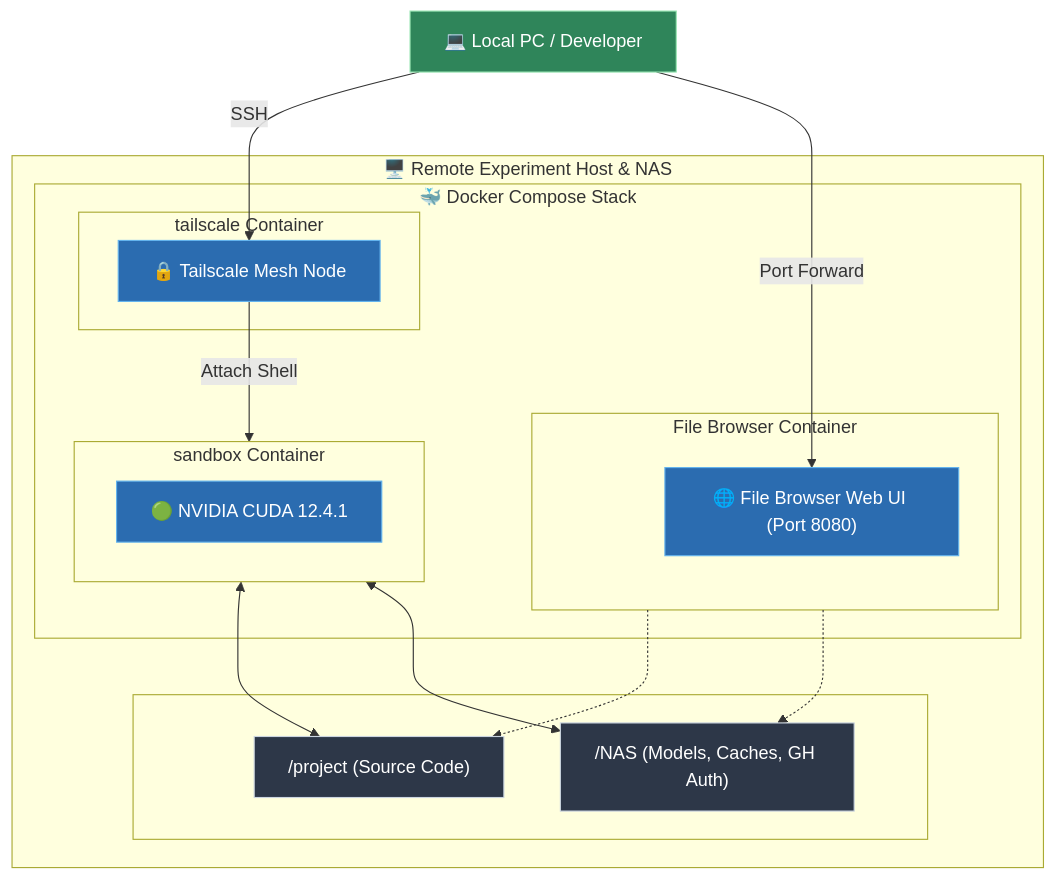
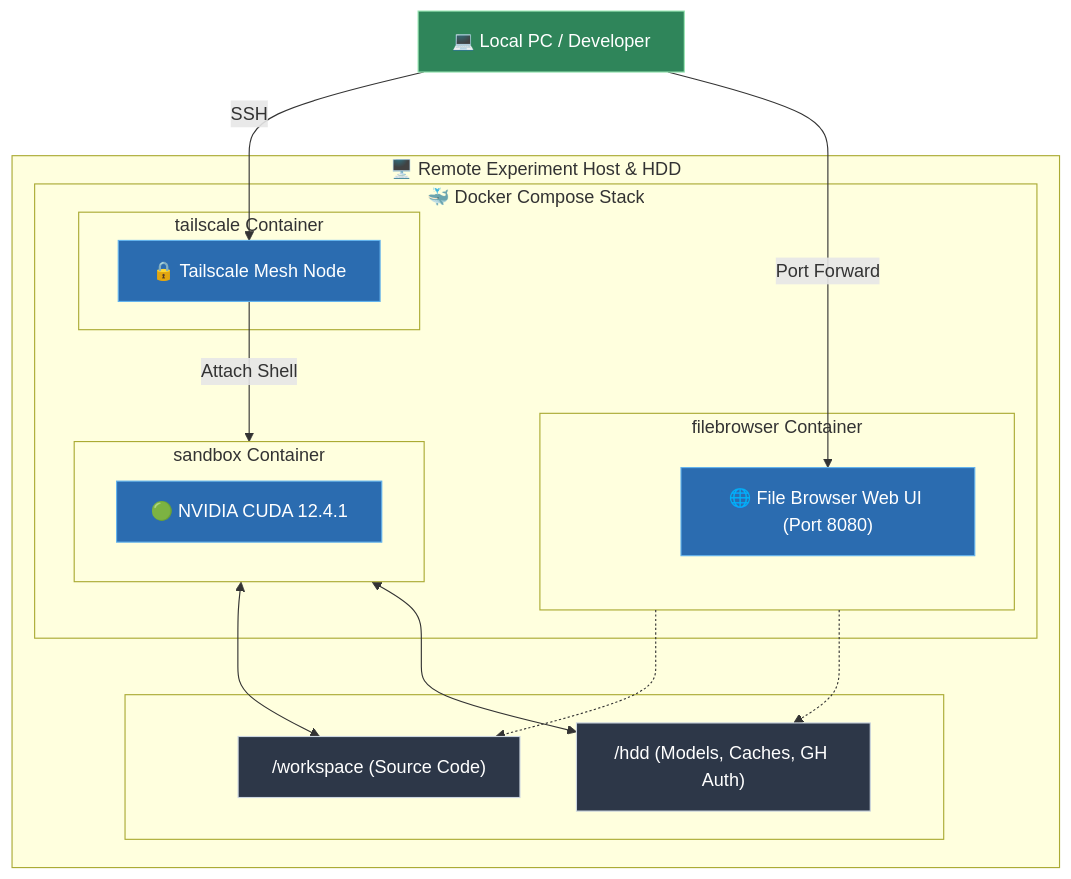
Before and after one commit to OhashiReon/experiment-template: the diagram in README.md, drawn with Mermaid. The commit also changed other lines of this file and 4 other files, not shown here.

First line of the commit message:
Rename NAS_PATH to HDD_PATH, replace Gemini CLI with agy, fix TERM/locale

````diff
--- a/README.md
+++ b/README.md
@@ -62,39 +62,39 @@
 ```mermaid
 graph TD
     classDef host fill:#2d3748,stroke:#cbd5e0,color:#fff;
     classDef container fill:#1a202c,stroke:#4a5568,color:#fff;
     classDef service fill:#2b6cb0,stroke:#63b3ed,color:#fff;
     classDef user fill:#2f855a,stroke:#9ae6b4,color:#fff;
 
     User["💻 Local PC / Developer"]:::user
 
-    subgraph Host ["🖥️ Remote Experiment Host & NAS"]
+    subgraph Host ["🖥️ Remote Experiment Host & HDD"]
         subgraph Storage [" "]
-            Project["/project (Source Code)"]:::host
-            NAS["/NAS (Models, Caches, GH Auth)"]:::host
+            Workspace["/workspace (Source Code)"]:::host
+            HDD["/hdd (Models, Caches, GH Auth)"]:::host
         end
 
         subgraph Docker ["🐳 Docker Compose Stack"]
             subgraph Sandbox ["sandbox Container"]
                 NV["🟢 NVIDIA CUDA 12.4.1"]:::service
             end
 
-            subgraph Viz ["File Browser Container"]
+            subgraph FileBrowser ["filebrowser Container"]
                 FB["🌐 File Browser Web UI (Port 8080)"]:::service
             end
 
             subgraph TS ["tailscale Container"]
                 Mesh["🔒 Tailscale Mesh Node"]:::service
             end
         end
     end
 
     User -->|SSH| Mesh
     Mesh -->|Attach Shell| Sandbox
     User -->|Port Forward| FB
     
-    Sandbox <--> Project
-    Sandbox <--> NAS
-    Viz -.->Project
-    Viz -.->NAS
+    Sandbox <--> Workspace
+    Sandbox <--> HDD
+    FileBrowser -.->Workspace
+    FileBrowser -.->HDD
 ```
````
